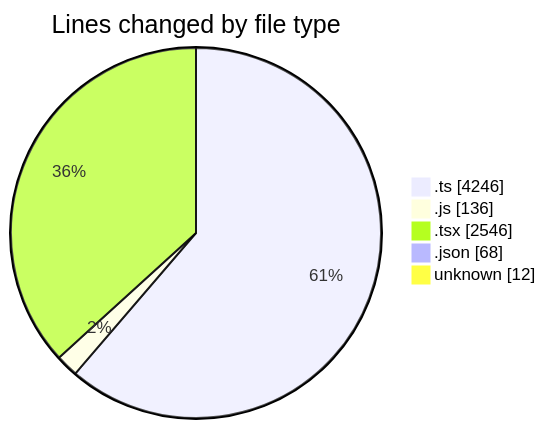
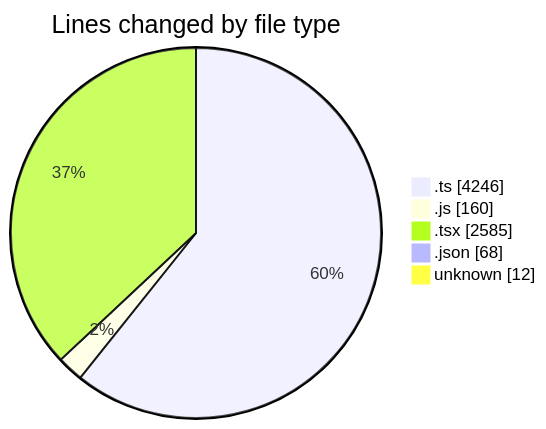
The first of 2 diagrams in 2026-09-14/cda/README.md (momahboobian/code-tracking), drawn with Mermaid before and after one commit. The commit also changed other lines of this file and 1 other file, not shown here.

````diff
--- a/2026-09-14/cda/README.md
+++ b/2026-09-14/cda/README.md
@@ -49,9 +49,9 @@
 ```mermaid
 pie showData
 title Lines changed by file type
 ".ts" : 4246
-".js" : 136
-".tsx" : 2546
+".js" : 160
+".tsx" : 2585
 ".json" : 68
 "unknown" : 12
 ```
````
